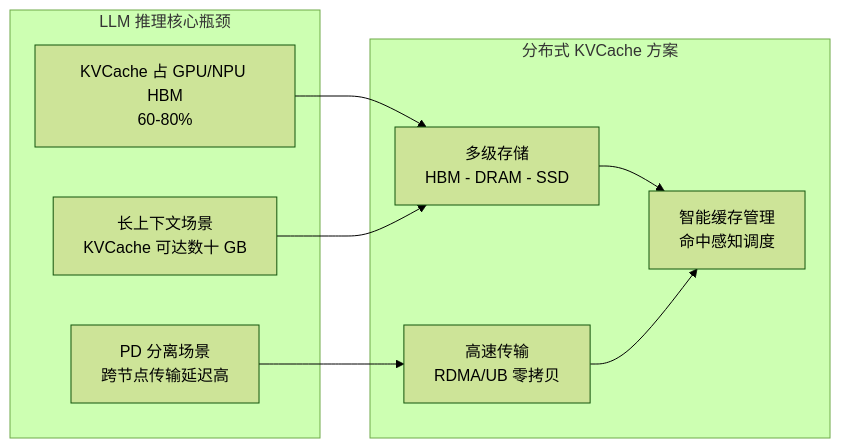
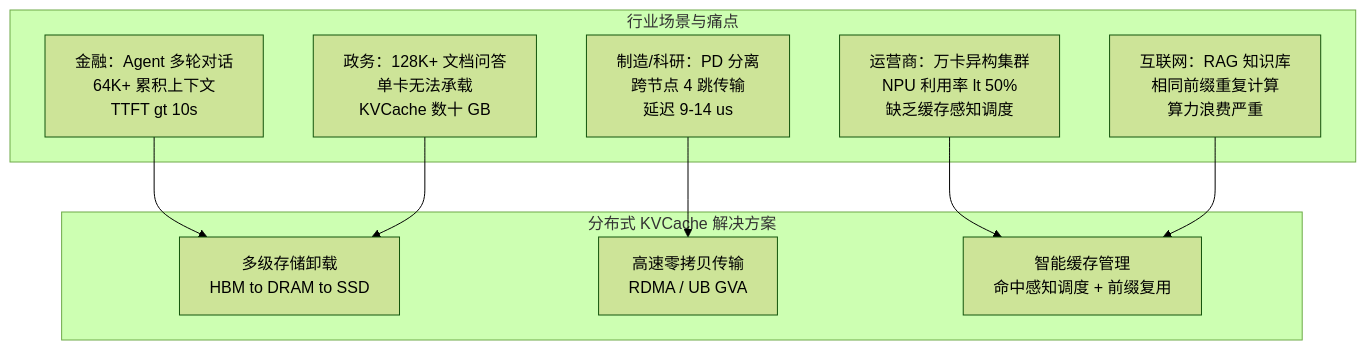
The first of 12 diagrams in docs/superpowers/briefings/2026-06-11-distributed-kvcache-executive-briefing.md (QJWang23/Mooncake), drawn with Mermaid (forest theme) before and after one commit. The commit also changed other lines of this file, not shown here.

````diff
--- a/docs/superpowers/briefings/2026-06-11-distributed-kvcache-executive-briefing.md
+++ b/docs/superpowers/briefings/2026-06-11-distributed-kvcache-executive-briefing.md
@@ -21,20 +83,22 @@
 ```mermaid
-graph LR
-    subgraph 痛点["LLM 推理核心瓶颈"]
-        P1["KVCache 占 GPU/NPU HBM<br/>60-80%"]
-        P2["长上下文场景<br/>KVCache 可达数十 GB"]
-        P3["PD 分离场景<br/>跨节点传输延迟高"]
+graph TB
+    subgraph 行业痛点["行业场景与痛点"]
+        FIN["金融：Agent 多轮对话<br/>64K+ 累积上下文<br/>TTFT gt 10s"]
+        TELCO["运营商：万卡异构集群<br/>NPU 利用率 lt 50%<br/>缺乏缓存感知调度"]
+        GOV["政务：128K+ 文档问答<br/>单卡无法承载<br/>KVCache 数十 GB"]
+        INTERNET["互联网：RAG 知识库<br/>相同前缀重复计算<br/>算力浪费严重"]
+        MFG["制造/科研：PD 分离<br/>跨节点 4 跳传输<br/>延迟 9-14 us"]
     end
 
-    subgraph 解决方案["分布式 KVCache 方案"]
-        S1["多级存储<br/>HBM - DRAM - SSD"]
-        S2["高速传输<br/>RDMA/UB 零拷贝"]
-        S3["智能缓存管理<br/>命中感知调度"]
+    subgraph KVCache解决方案["分布式 KVCache 解决方案"]
+        LAYER1["多级存储卸载<br/>HBM to DRAM to SSD"]
+        LAYER2["高速零拷贝传输<br/>RDMA / UB GVA"]
+        LAYER3["智能缓存管理<br/>命中感知调度 + 前缀复用"]
     end
 
-    P1 --> S1
-    P2 --> S1
-    P3 --> S2
-    S1 --> S3
-    S2 --> S3
+    FIN --> LAYER1
+    GOV --> LAYER1
+    TELCO --> LAYER3
+    INTERNET --> LAYER3
+    MFG --> LAYER2
 ```
````
